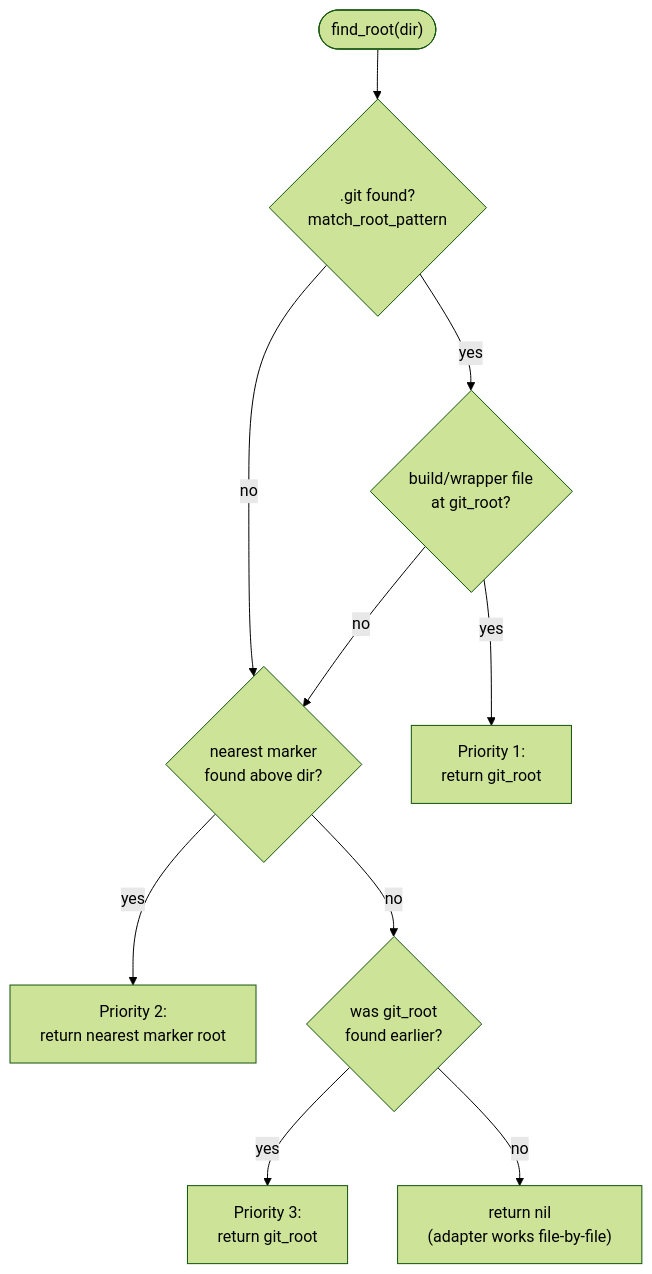
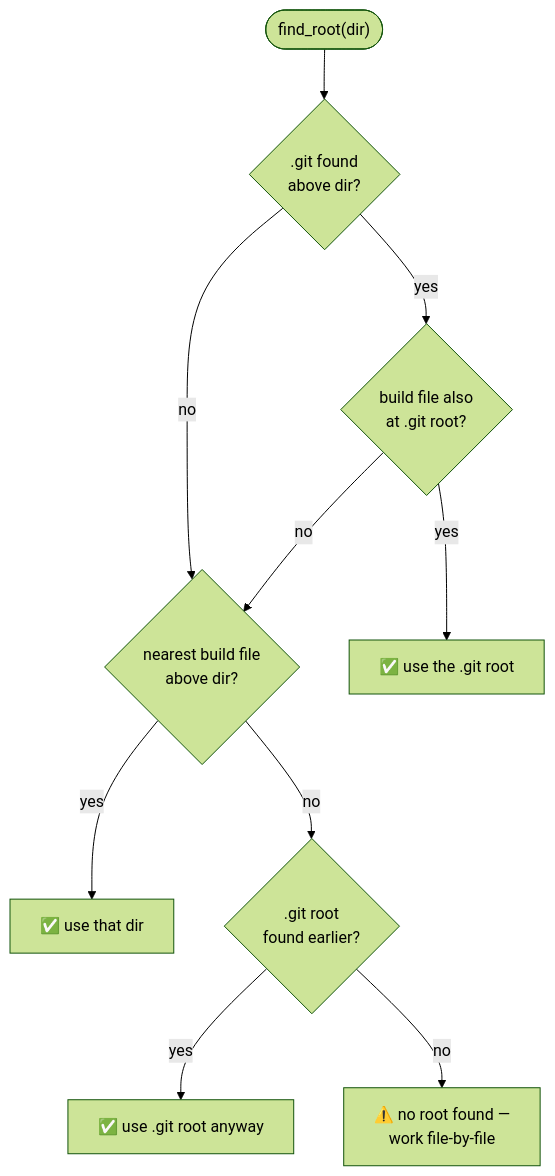
Before and after one commit to rcasia/neotest-java: the fourth of 5 diagrams in ARCHITECTURE.md, drawn with Mermaid (forest theme). The commit also changed other lines of this file, not shown here.

First line of the commit message:
docs: restructure ARCHITECTURE.md around flows, drop layering diagram

````diff
--- a/ARCHITECTURE.md
+++ b/ARCHITECTURE.md
@@ -343,12 +134,12 @@
 ```mermaid
 graph TD
-    Start(["find_root(dir)"]) --> GitCheck{".git found?<br/>match_root_pattern"}
-    GitCheck -- yes --> MarkerAtGit{"build/wrapper file<br/>at git_root?"}
+    Start(["find_root(dir)"]) --> GitCheck{".git found<br/>above dir?"}
+    GitCheck -- yes --> MarkerAtGit{"build file also<br/>at .git root?"}
     GitCheck -- no --> NearestMarker
-    MarkerAtGit -- yes --> P1["Priority 1:<br/>return git_root"]
-    MarkerAtGit -- no --> NearestMarker{"nearest marker<br/>found above dir?"}
-    NearestMarker -- yes --> P2["Priority 2:<br/>return nearest marker root"]
-    NearestMarker -- no --> GitAlone{"was git_root<br/>found earlier?"}
-    GitAlone -- yes --> P3["Priority 3:<br/>return git_root"]
-    GitAlone -- no --> P4["return nil<br/>(adapter works file-by-file)"]
+    MarkerAtGit -- yes --> P1["✅ use the .git root"]
+    MarkerAtGit -- no --> NearestMarker{"nearest build file<br/>above dir?"}
+    NearestMarker -- yes --> P2["✅ use that dir"]
+    NearestMarker -- no --> GitAlone{".git root<br/>found earlier?"}
+    GitAlone -- yes --> P3["✅ use .git root anyway"]
+    GitAlone -- no --> P4["⚠️ no root found —<br/>work file-by-file"]
 ```
````
